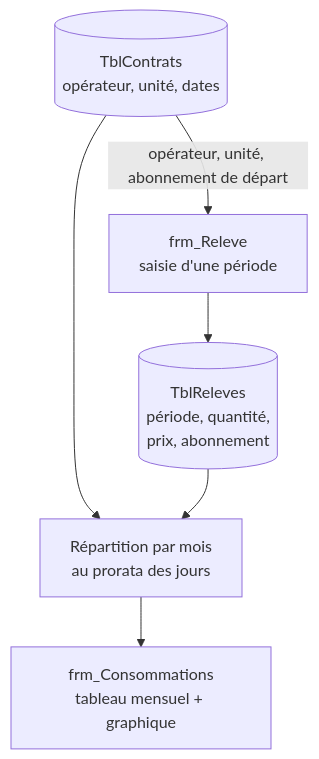
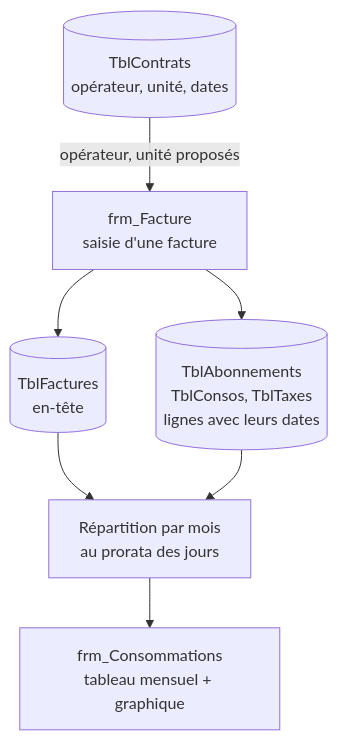
Before and after one commit to alexblav/Suivi_Financier: the ninth of 9 diagrams in README.md, drawn with Mermaid. The commit also changed other lines of this file and 19 other files, not shown here.

````diff
--- a/README.md
+++ b/README.md
@@ -664,12 +664,14 @@
 ```mermaid
 flowchart TB
     CONTRAT[("TblContrats<br/>opérateur, unité, dates")]
-    SAISIE["frm_Releve<br/>saisie d'une période"]
-    RELEVE[("TblReleves<br/>période, quantité,<br/>prix, abonnement")]
+    SAISIE["frm_Facture<br/>saisie d'une facture"]
+    FAC[("TblFactures<br/>en-tête")]
+    LIG[("TblAbonnements<br/>TblConsos, TblTaxes<br/>lignes avec leurs dates")]
     CALC["Répartition par mois<br/>au prorata des jours"]
     ECRAN["frm_Consommations<br/>tableau mensuel + graphique"]
-    CONTRAT -->|"opérateur, unité, abonnement de départ"| SAISIE
-    SAISIE --> RELEVE
-    CONTRAT --> CALC
-    RELEVE --> CALC --> ECRAN
+    CONTRAT -->|"opérateur, unité proposés"| SAISIE
+    SAISIE --> FAC
+    SAISIE --> LIG
+    FAC --> CALC
+    LIG --> CALC --> ECRAN
 ```
````
